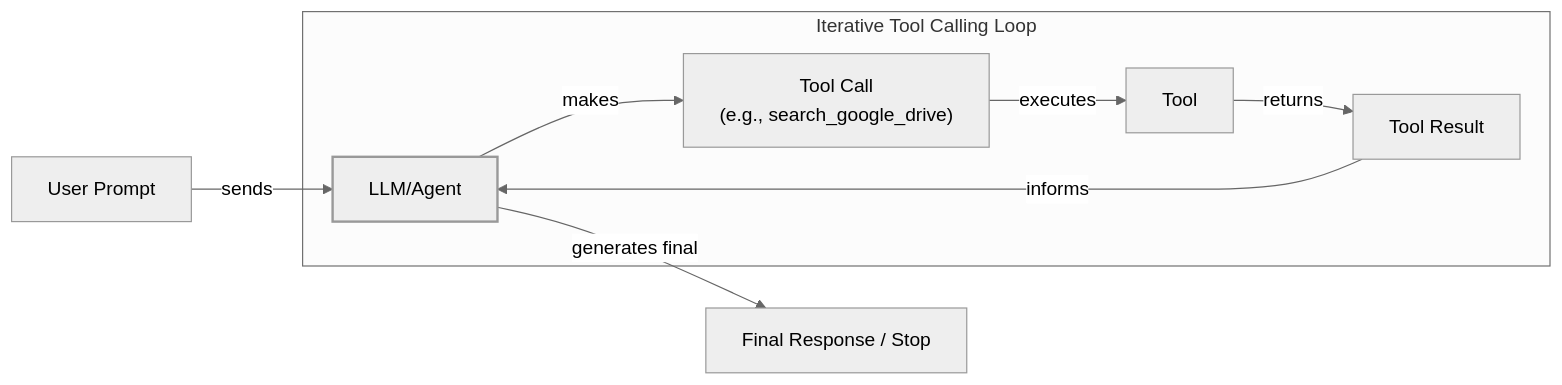
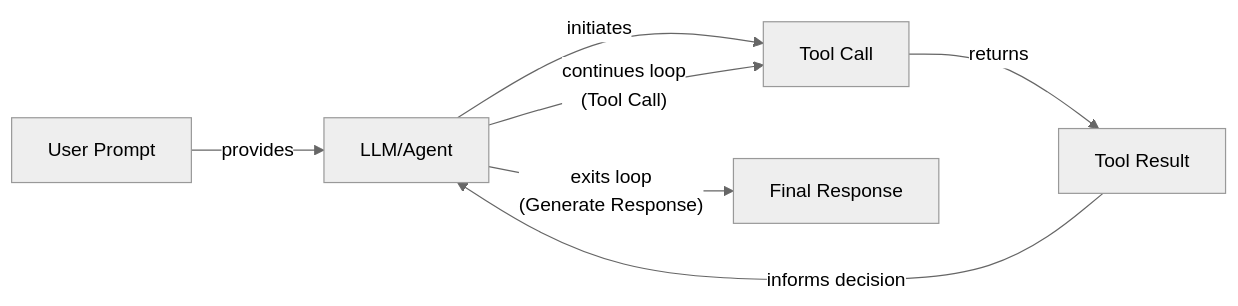
Before and after one commit to YMaXing/Research-Agent-reinforced-by-RL: the third of 3 diagrams in RL_researcher_writer_ymaxing/rl_training_data/noise_experiment/06_tools__var_standard__replicate2__preset0/article_000.md, drawn with Mermaid (neutral theme). The commit also changed other lines of this file and 4528 other files, not shown here.

````diff
--- a/RL_researcher_writer_ymaxing/rl_training_data/noise_experiment/06_tools__var_standard__replicate2__preset0/article_000.md
+++ b/RL_researcher_writer_ymaxing/rl_training_data/noise_experiment/06_tools__var_standard__replicate2__preset0/article_000.md
@@ -727,20 +740,15 @@
 ```mermaid
 flowchart LR
-  %% Initial interaction
-  UserPrompt["User Prompt"] -- "sends" --> LLMAgent["LLM/Agent"]
+  A["User Prompt"]
+  B["LLM/Agent"]
+  C["Tool Call"]
+  D["Tool Result"]
+  E["Final Response"]
 
-  %% Iterative Tool Calling Loop
-  subgraph "Iterative Tool Calling Loop"
-    LLMAgent -- "makes" --> ToolCall["Tool Call<br/>(e.g., search_google_drive)"]
-    ToolCall -- "executes" --> Tool["Tool"]
-    Tool -- "returns" --> ToolResult["Tool Result"]
-    ToolResult -- "informs" --> LLMAgent
-  end
-
-  %% Loop termination
-  LLMAgent -- "generates final" --> FinalResponse["Final Response / Stop"]
-
-  %% Visual grouping
-  classDef agent stroke-width:2px
-  class LLMAgent agent
+  A -- "provides" --> B
+  B -- "initiates" --> C
+  C -- "returns" --> D
+  D -- "informs decision" --> B
+  B -- "continues loop<br/>(Tool Call)" --> C
+  B -- "exits loop<br/>(Generate Response)" --> E
 ```
````
